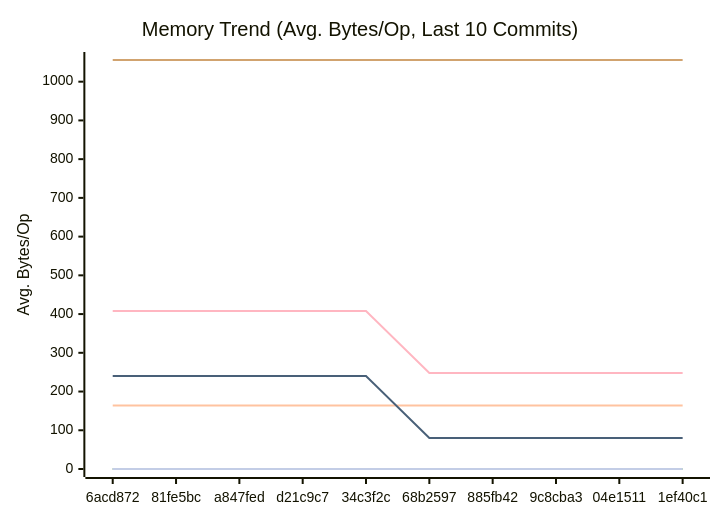
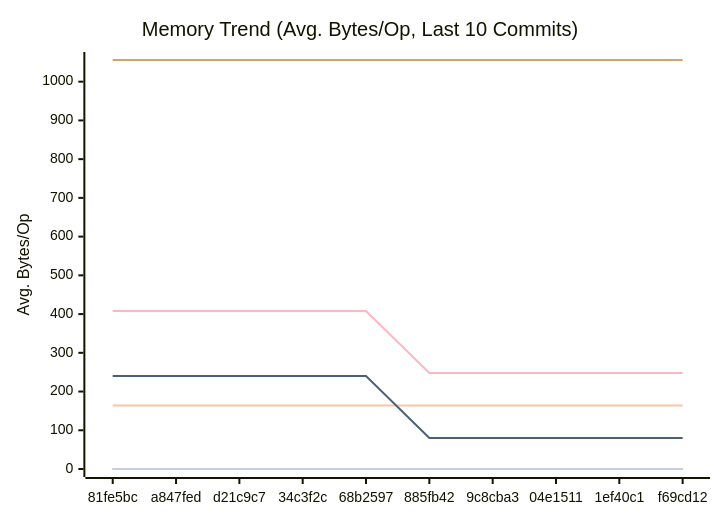
One commit to alsotoes/momo changed the second of 3 diagrams in docs/PERFORMANCE.md. Above: the diagram before and after it, drawn with Mermaid. The commit also changed other lines of this file and 2 other files, not shown here.

````diff
--- a/docs/PERFORMANCE.md
+++ b/docs/PERFORMANCE.md
@@ -97,16 +97,16 @@
 ```mermaid
 xychart-beta
     title "Memory Trend (Avg. Bytes/Op, Last 10 Commits)"
     x-axis "Commit"
     y-axis "Avg. Bytes/Op"
-    x-axis [6acd872,81fe5bc,a847fed,d21c9c7,34c3f2c,68b2597,885fb42,9c8cba3,04e1511,1ef40c1]
+    x-axis [81fe5bc,a847fed,d21c9c7,34c3f2c,68b2597,885fb42,9c8cba3,04e1511,1ef40c1,f69cd12]
     line "CheckMetricsAndSwap" [0,0,0,0,0,0,0,0,0,0]
     line "CrushOptimized" [0,0,0,0,0,0,0,0,0,0]
     line "CrushOriginal" [164,164,164,164,164,164,164,164,164,164]
     line "IndexDirectTracking" [0,0,0,0,0,0,0,0,0,0]
     line "IndexSearch" [0,0,0,0,0,0,0,0,0,0]
     line "LoadGlobalConfig" [1056,1056,1056,1056,1056,1056,1056,1056,1056,1056]
     line "PadString" [0,0,0,0,0,0,0,0,0,0]
     line "ParseReplicationOrder_NoPrealloc" [408,408,408,408,408,248,248,248,248,248]
     line "ParseReplicationOrder_Prealloc" [240,240,240,240,240,80,80,80,80,80]
 ```
````
